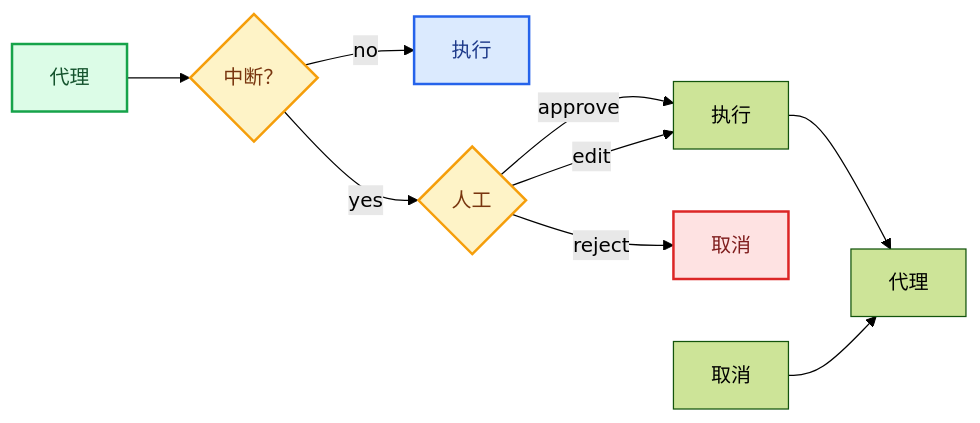
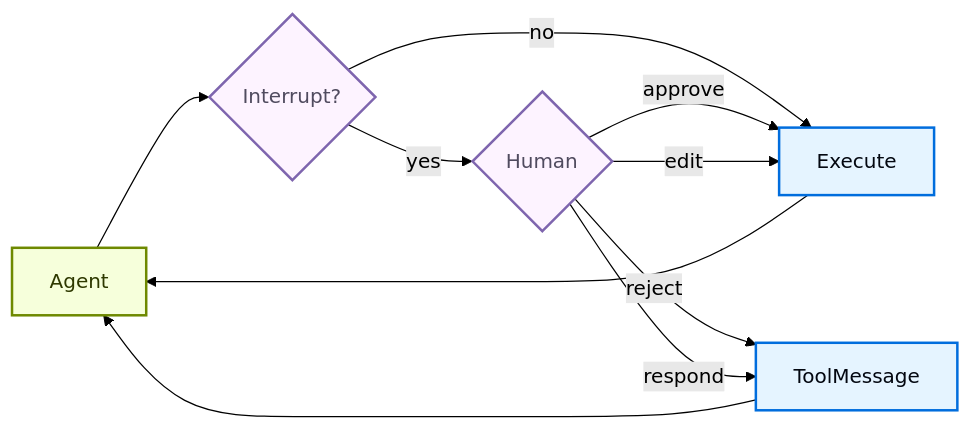
Before and after one commit to kunfan96/cndocs-langchain: the diagram in oss/python/deepagents/human-in-the-loop.mdx, drawn with Mermaid (forest theme). The commit also changed other lines of this file and 2538 other files, not shown here.

````diff
--- a/oss/python/deepagents/human-in-the-loop.mdx
+++ b/oss/python/deepagents/human-in-the-loop.mdx
@@ -11,23 +11,24 @@
 ```mermaid
 graph LR
-    Agent[代理] --> Check{中断？}
-    Check --> |no| Execute[执行]
-    Check --> |yes| Human{人工}
+    Agent[Agent] --> Check{Interrupt?}
+    Check --> |no| Execute[Execute]
+    Check --> |yes| Human{Human}
 
-    Human --> |approve| 执行
-    Human --> |edit| 执行
-    Human --> |reject| Cancel[取消]
+    Human --> |approve| Execute
+    Human --> |edit| Execute
+    Human --> |reject| ToolMessage[ToolMessage]
+    Human --> |respond| ToolMessage
 
-    执行 --> 代理
-    取消 --> 代理
+    Execute --> Agent
+    ToolMessage --> Agent
 
-    classDef trigger fill:#DCFCE7,stroke:#16A34A,stroke-width:2px,color:#14532D
-    classDef process fill:#DBEAFE,stroke:#2563EB,stroke-width:2px,color:#1E3A8A
-    classDef decision fill:#FEF3C7,stroke:#F59E0B,stroke-width:2px,color:#78350F
-    classDef alert fill:#FEE2E2,stroke:#DC2626,stroke-width:2px,color:#7F1D1D
+    classDef trigger fill:#F6FFDB,stroke:#6E8900,stroke-width:2px,color:#2E3900
+    classDef process fill:#E5F4FF,stroke:#006DDD,stroke-width:2px,color:#030710
+    classDef decision fill:#FDF3FF,stroke:#7E65AE,stroke-width:2px,color:#504B5F
+    classDef alert fill:#F8E8E6,stroke:#B27D75,stroke-width:2px,color:#634643
 
     class Agent trigger
     class Check,Human decision
     class Execute process
-    class Cancel alert
+    class ToolMessage process
 ```
````
